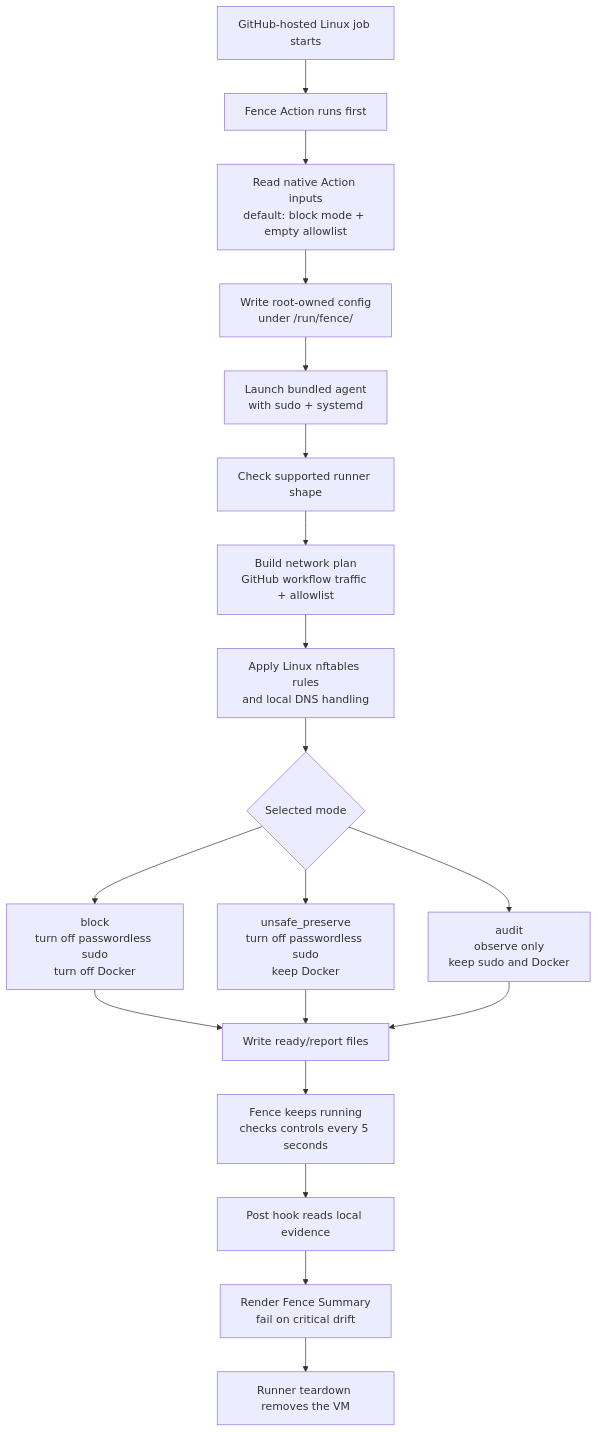
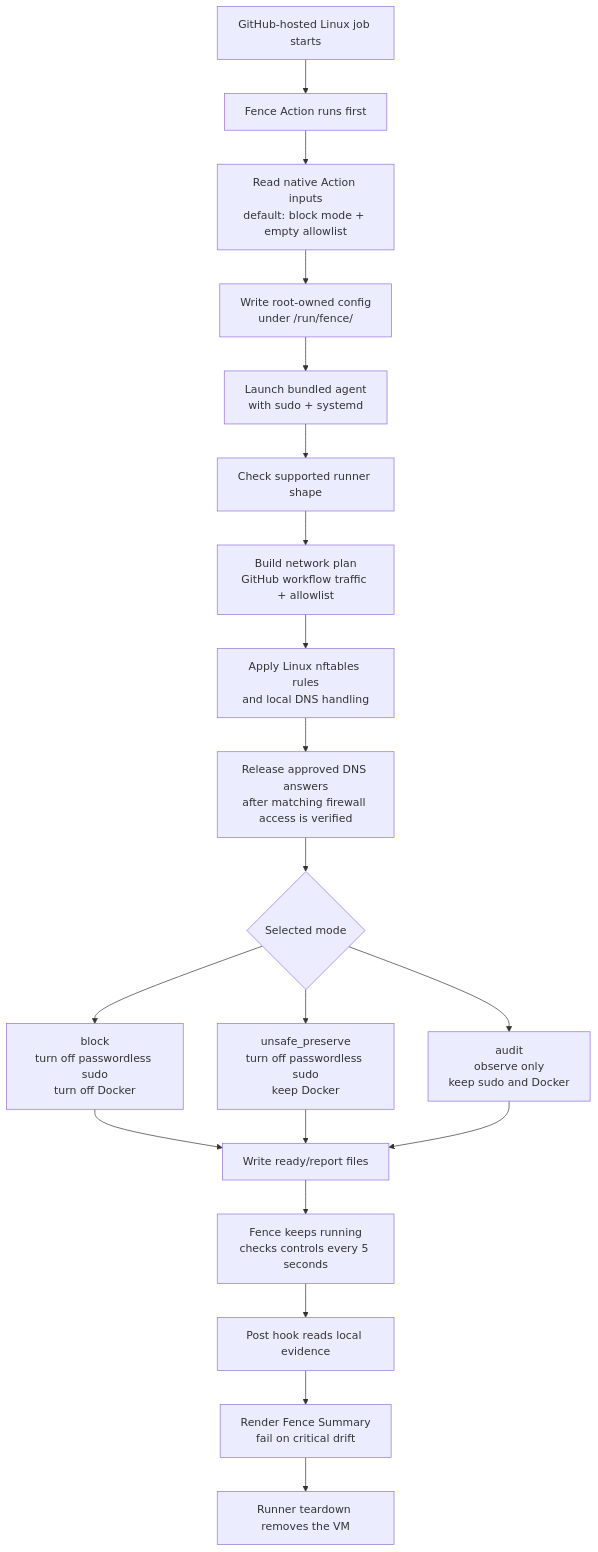
Before and after one commit to openai/fence: the diagram in README.md, drawn with Mermaid. The commit also changed 11 other files, not shown here.

````diff
--- a/README.md
+++ b/README.md
@@ -133,25 +133,26 @@
 ```mermaid
 flowchart TD
     start["GitHub-hosted Linux job starts"] --> action["Fence Action runs first"]
     action --> input["Read native Action inputs<br/>default: block mode + empty allowlist"]
     input --> config["Write root-owned config<br/>under /run/fence/"]
     config --> launch["Launch bundled agent<br/>with sudo + systemd"]
 
     launch --> support["Check supported runner shape"]
     support --> plan["Build network plan<br/>GitHub workflow traffic + allowlist"]
     plan --> network["Apply Linux nftables rules<br/>and local DNS handling"]
+    network --> gate["Release approved DNS answers<br/>after matching firewall access is verified"]
 
-    network --> mode{"Selected mode"}
+    gate --> mode{"Selected mode"}
     mode --> block["block<br/>turn off passwordless sudo<br/>turn off Docker"]
     mode --> degraded["unsafe_preserve<br/>turn off passwordless sudo<br/>keep Docker"]
     mode --> audit["audit<br/>observe only<br/>keep sudo and Docker"]
 
     block --> ready["Write ready/report files"]
     degraded --> ready
     audit --> ready
 
     ready --> resident["Fence keeps running<br/>checks controls every 5 seconds"]
     resident --> post["Post hook reads local evidence"]
     post --> summary["Render Fence Summary<br/>fail on critical drift"]
     summary --> teardown["Runner teardown removes the VM"]
 ```
````
